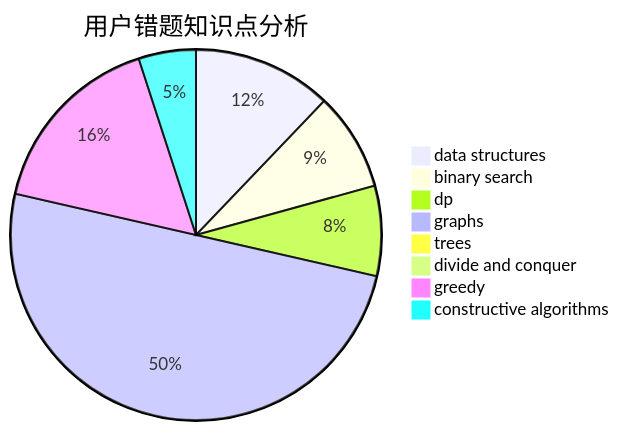
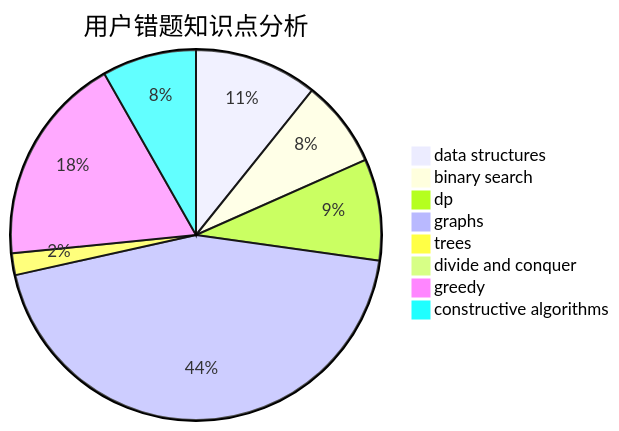
The third of 3 diagrams in docs/user/u1953.md (sherpahu/cfrs.github.io), drawn with Mermaid before and after one commit. The commit also changed other lines of this file and 2770 other files, not shown here.

````diff
--- a/docs/user/u1953.md
+++ b/docs/user/u1953.md
@@ -36,11 +36,11 @@
 ```mermaid
 pie title 用户错题知识点分析
     "data structures" :  17
     "binary search" :  12
-    "dp" :  11
+    "dp" :  14
     "graphs" :  70
-    "trees" :  0
+    "trees" :  3
     "divide and conquer" :  0
-    "greedy" :  23
-    "constructive algorithms" :  7
+    "greedy" :  29
+    "constructive algorithms" :  13
 ```
````
